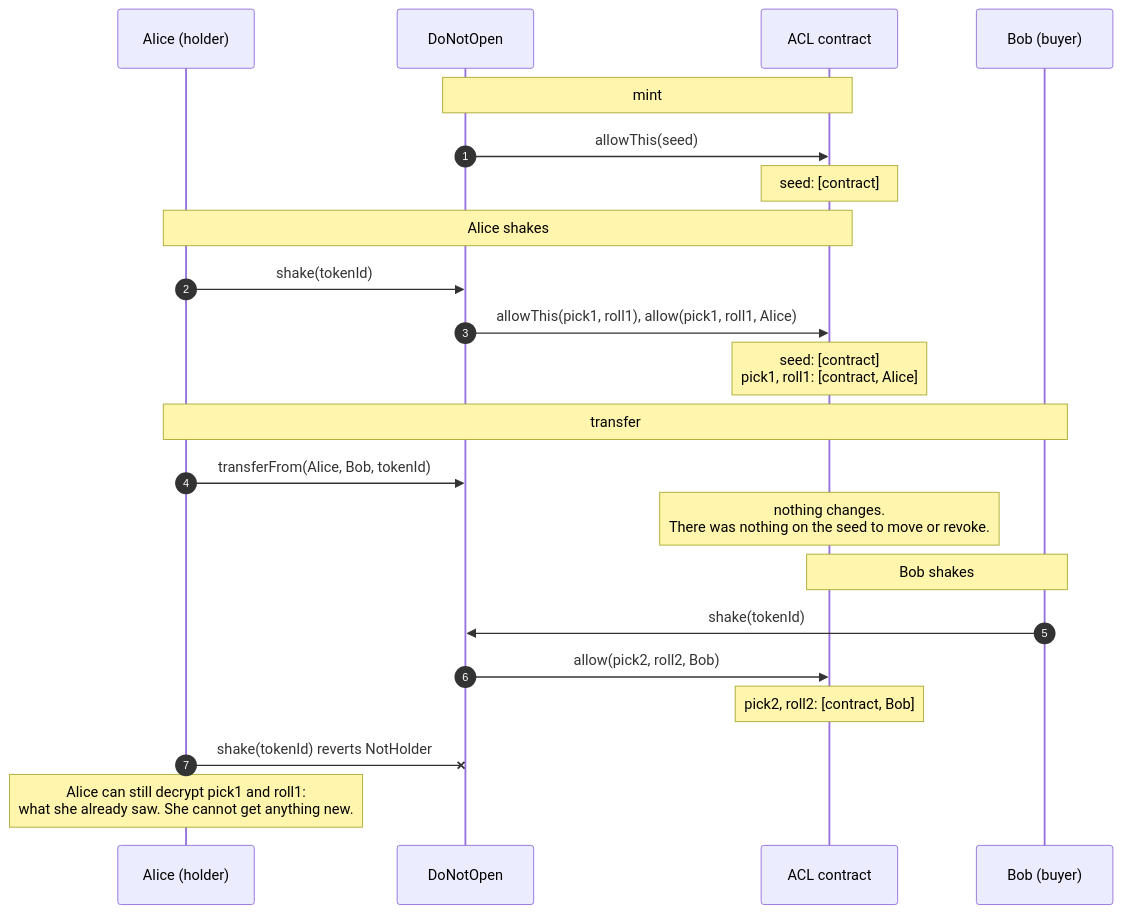
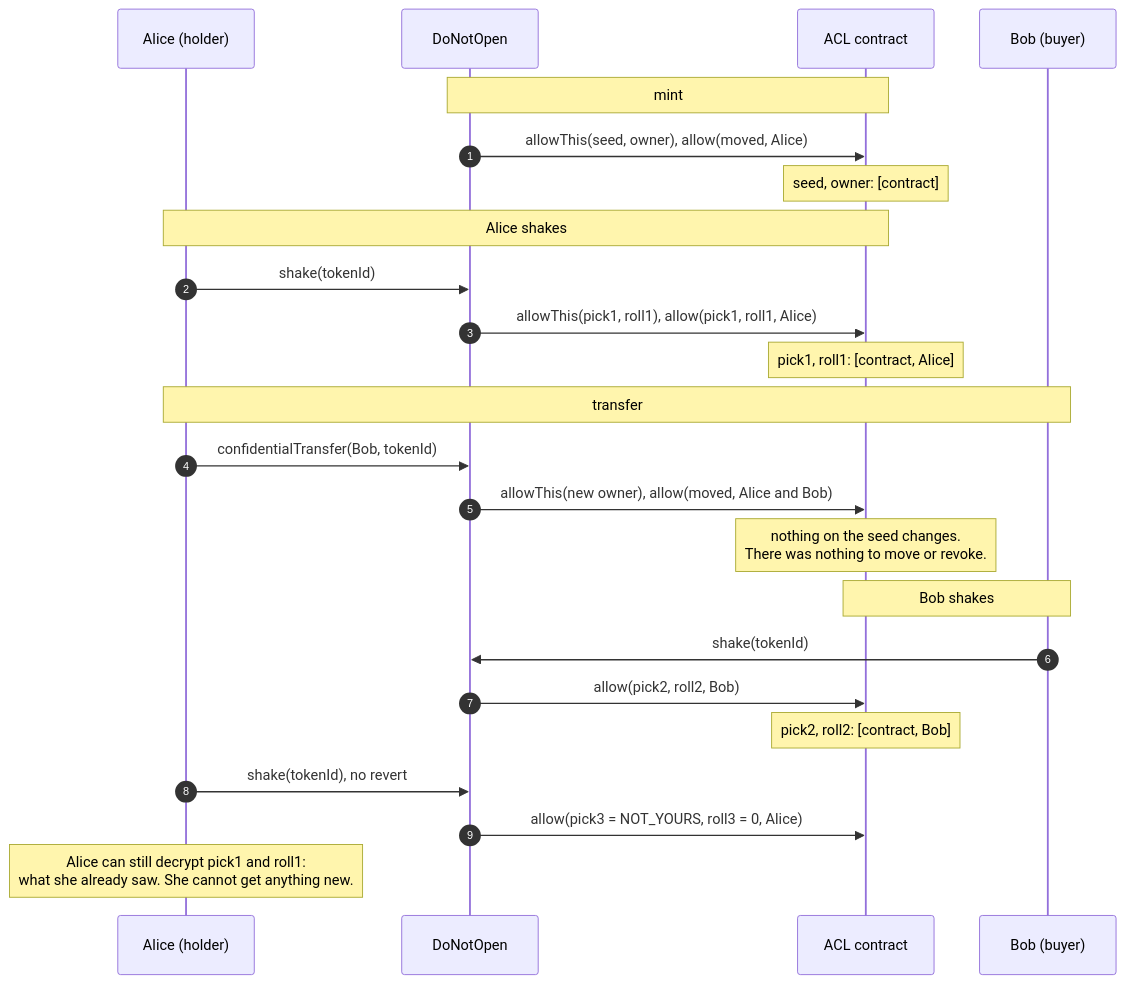
The second of 2 diagrams in docs/DATA_MODEL.md (jecombe/do_not_open), drawn with Mermaid before and after one commit. The commit also changed other lines of this file and 25 other files, not shown here.

````diff
--- a/docs/DATA_MODEL.md
+++ b/docs/DATA_MODEL.md
@@ -72,29 +89,31 @@
 ```mermaid
 sequenceDiagram
   autonumber
   participant A as Alice (holder)
   participant C as DoNotOpen
   participant ACL as ACL contract
   participant B as Bob (buyer)
 
   Note over C,ACL: mint
-  C->>ACL: allowThis(seed)
-  Note over ACL: seed: [contract]
+  C->>ACL: allowThis(seed, owner), allow(moved, Alice)
+  Note over ACL: seed, owner: [contract]
 
   Note over A,ACL: Alice shakes
   A->>C: shake(tokenId)
   C->>ACL: allowThis(pick1, roll1), allow(pick1, roll1, Alice)
-  Note over ACL: seed: [contract]<br/>pick1, roll1: [contract, Alice]
+  Note over ACL: pick1, roll1: [contract, Alice]
 
   Note over A,B: transfer
-  A->>C: transferFrom(Alice, Bob, tokenId)
-  Note over ACL: nothing changes.<br/>There was nothing on the seed to move or revoke.
+  A->>C: confidentialTransfer(Bob, tokenId)
+  C->>ACL: allowThis(new owner), allow(moved, Alice and Bob)
+  Note over ACL: nothing on the seed changes.<br/>There was nothing to move or revoke.
 
   Note over B,ACL: Bob shakes
   B->>C: shake(tokenId)
   C->>ACL: allow(pick2, roll2, Bob)
   Note over ACL: pick2, roll2: [contract, Bob]
 
-  A-xC: shake(tokenId) reverts NotHolder
+  A->>C: shake(tokenId), no revert
+  C->>ACL: allow(pick3 = NOT_YOURS, roll3 = 0, Alice)
   Note over A: Alice can still decrypt pick1 and roll1:<br/>what she already saw. She cannot get anything new.
 ```
````
